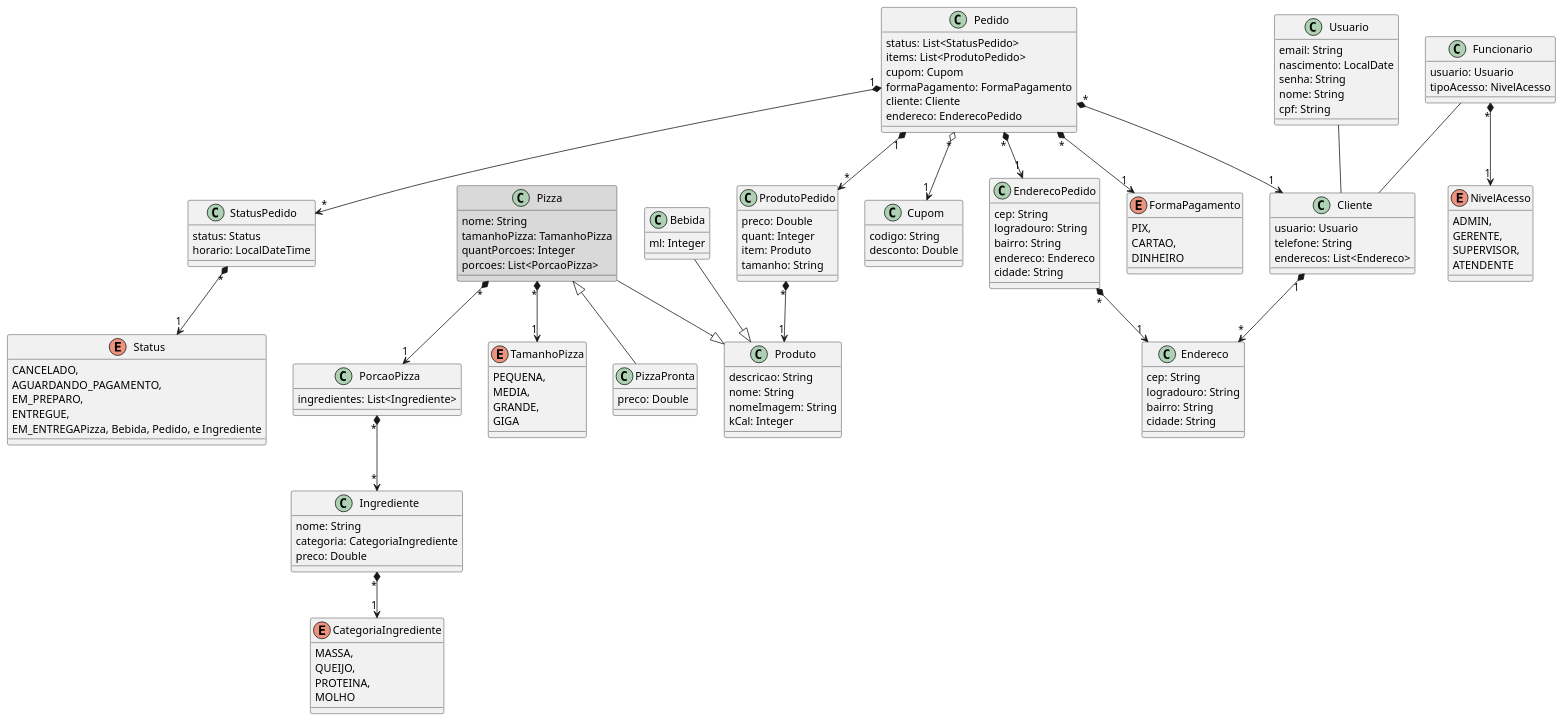
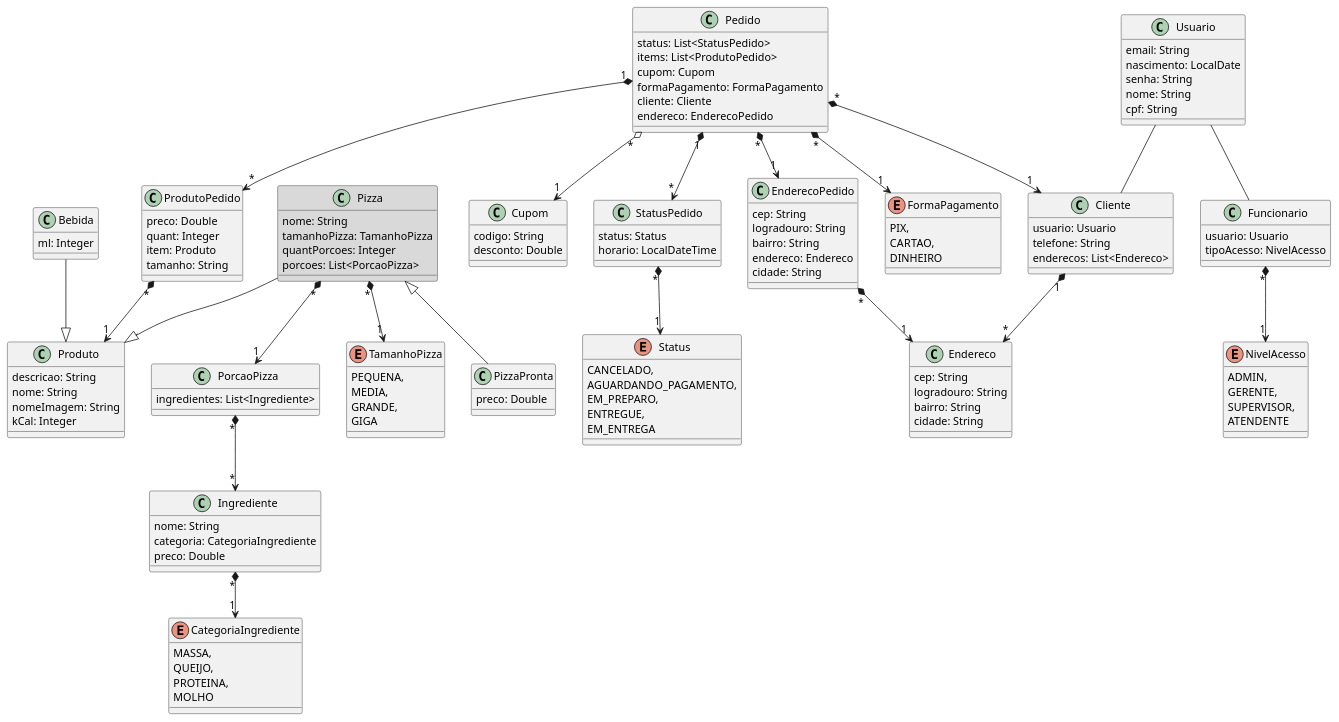
One commit to LucasCastroo/PizzariaTP2 changed the diagram in backend/diagrama.puml. Above: the diagram before and after it, drawn with PlantUML.

Commit message:
Atualizando o diagrama uml.

```diff
--- a/backend/diagrama.puml
+++ b/backend/diagrama.puml
@@ -1,142 +1,142 @@
 @startuml
 
 class Bebida {
    ml: Integer
 }
 
 class Cupom {
    codigo: String
    desconto: Double
 }
 class Endereco {
    cep: String
    logradouro: String
    bairro: String
    cidade: String
 }
 class EnderecoPedido {
    cep: String
    logradouro: String
    bairro: String
    endereco: Endereco
    cidade: String
 }
 enum FormaPagamento {
    PIX,
    CARTAO,
    DINHEIRO
 }
 
 class Produto {
    descricao: String
    nome: String
    nomeImagem: String
    kCal: Integer
 }
 class ProdutoPedido {
    preco: Double
    quant: Integer
    item: Produto
    tamanho: String
 }
 enum NivelAcesso {
    ADMIN,
    GERENTE,
    SUPERVISOR,
    ATENDENTE
 }
 class Pedido {
    status: List<StatusPedido>
    items: List<ProdutoPedido>
    cupom: Cupom
    formaPagamento: FormaPagamento
    cliente: Cliente
    endereco: EnderecoPedido
 }
 class Pizza #d9d9d9{
    nome: String
    tamanhoPizza: TamanhoPizza
    quantPorcoes: Integer
    porcoes: List<PorcaoPizza>
 }
 
 class PizzaPronta extends Pizza{
     preco: Double
 }
 
 class PorcaoPizza {
    ingredientes: List<Ingrediente>
 }
 
 enum Status {
    CANCELADO,
    AGUARDANDO_PAGAMENTO,
    EM_PREPARO,
    ENTREGUE,
-   EM_ENTREGAPizza, Bebida, Pedido, e Ingrediente
+   EM_ENTREGA
 }
 class StatusPedido {
    status: Status
    horario: LocalDateTime
 }
 
 enum TamanhoPizza {
    PEQUENA,
    MEDIA,
    GRANDE,
    GIGA
 }
 class Usuario {
    email: String
    nascimento: LocalDate
    senha: String
    nome: String
    cpf: String
 }
 
 class Cliente {
    usuario: Usuario
    telefone: String
    enderecos: List<Endereco>
 }
 
 class Funcionario {
    usuario: Usuario
    tipoAcesso: NivelAcesso
 }
 
 class Ingrediente {
      nome: String
      categoria: CategoriaIngrediente
      preco: Double
 }
 
 enum CategoriaIngrediente{
     MASSA,
     QUEIJO,
     PROTEINA,
     MOLHO
 }
 
 Usuario -- Cliente
-Funcionario -- Cliente
+Usuario -- Funcionario
 Bebida          --^  Produto
 Cliente        "1" *--> "*" Endereco
 EnderecoPedido "*" *--> "1" Endereco
 Funcionario    "*" *--> "1" NivelAcesso
 ProdutoPedido     "*" *--> "1" Produto
 Pedido         "*" *--> "1" Cliente
 Pedido         "*" o--> "1" Cupom
 Pedido         "*" *--> "1" EnderecoPedido
 Pedido         "*" *--> "1" FormaPagamento
 Pedido         "1" *--> "*" ProdutoPedido
 Pedido         "1" *--> "*" StatusPedido
 Pizza           --^  Produto
 Pizza          "*" *--> "1" TamanhoPizza
 StatusPedido   "*" *--> "1" Status
 Ingrediente    "*" *--> "1" CategoriaIngrediente
 PorcaoPizza    "*" *--> "*" Ingrediente
 Pizza          "*" *--> "1" PorcaoPizza
 
 
 @enduml
```
